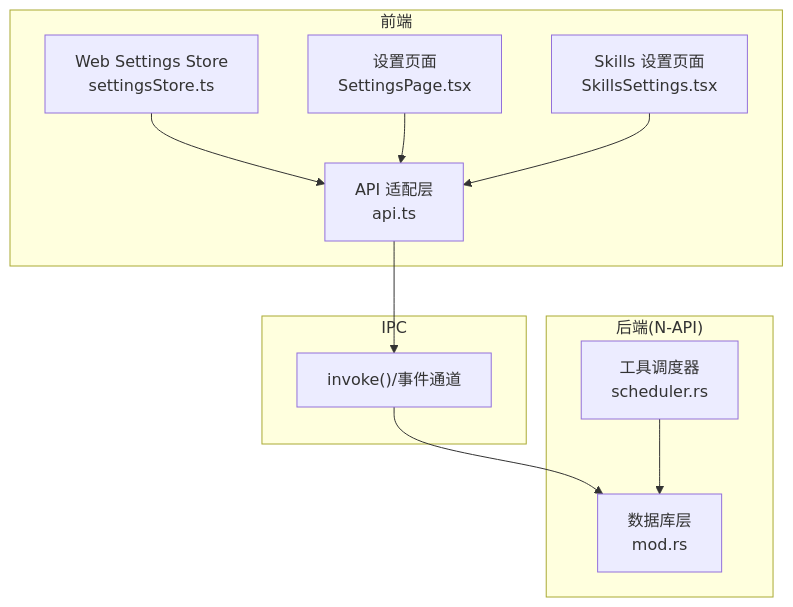
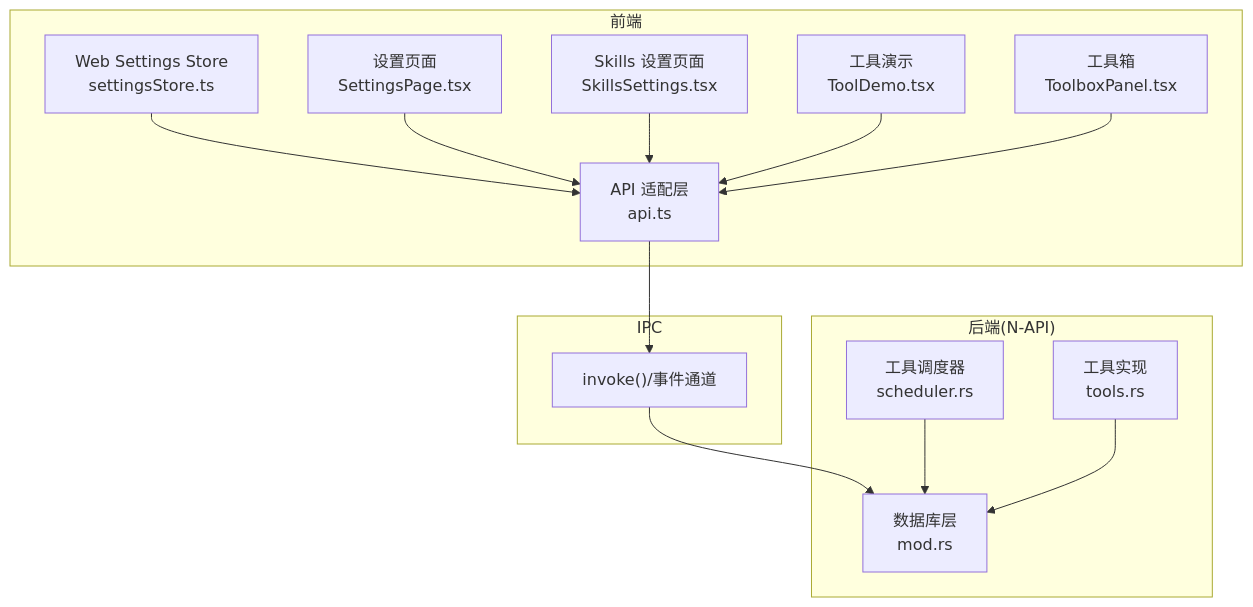
One commit to baike08/cosurf changed the first of 6 diagrams in .qoder/repowiki/zh/content/设置和配置/工具设置.md. Above: the diagram before and after it, drawn with Mermaid. The commit also changed other lines of this file and 23 other files, not shown here.

````diff
--- a/.qoder/repowiki/zh/content/设置和配置/工具设置.md
+++ b/.qoder/repowiki/zh/content/设置和配置/工具设置.md
@@ -51,22 +57,28 @@
 ```mermaid
 graph TB
 subgraph "前端"
 WS["Web Settings Store<br/>settingsStore.ts"]
 SP["设置页面<br/>SettingsPage.tsx"]
 SS["Skills 设置页面<br/>SkillsSettings.tsx"]
 API["API 适配层<br/>api.ts"]
+TD["工具演示<br/>ToolDemo.tsx"]
+TP["工具箱<br/>ToolboxPanel.tsx"]
 end
 subgraph "IPC"
 INV["invoke()/事件通道"]
 end
 subgraph "后端(N-API)"
 DB["数据库层<br/>mod.rs"]
 SC["工具调度器<br/>scheduler.rs"]
+TR["工具实现<br/>tools.rs"]
 end
 WS --> API
 SP --> API
 SS --> API
+TD --> API
+TP --> API
 API --> INV
 INV --> DB
 SC --> DB
+TR --> DB
 ```
````
